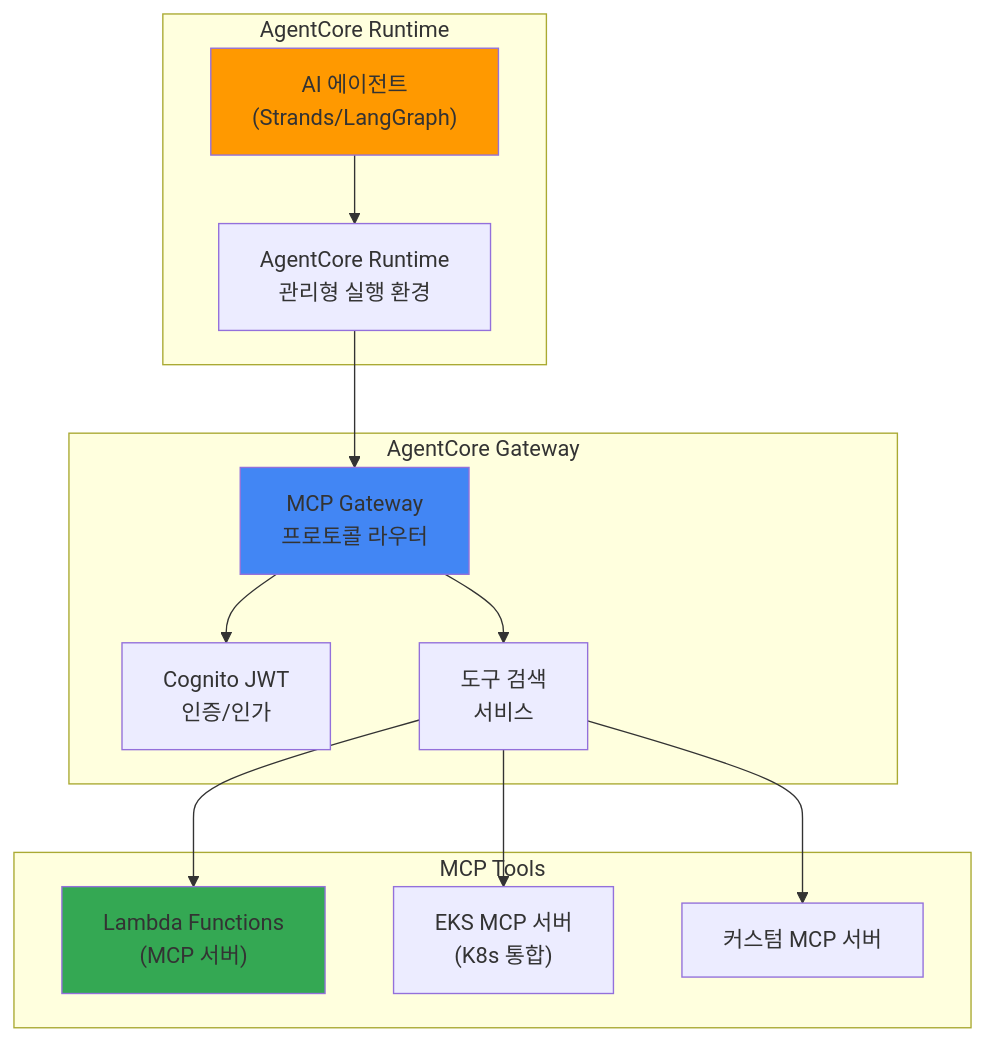
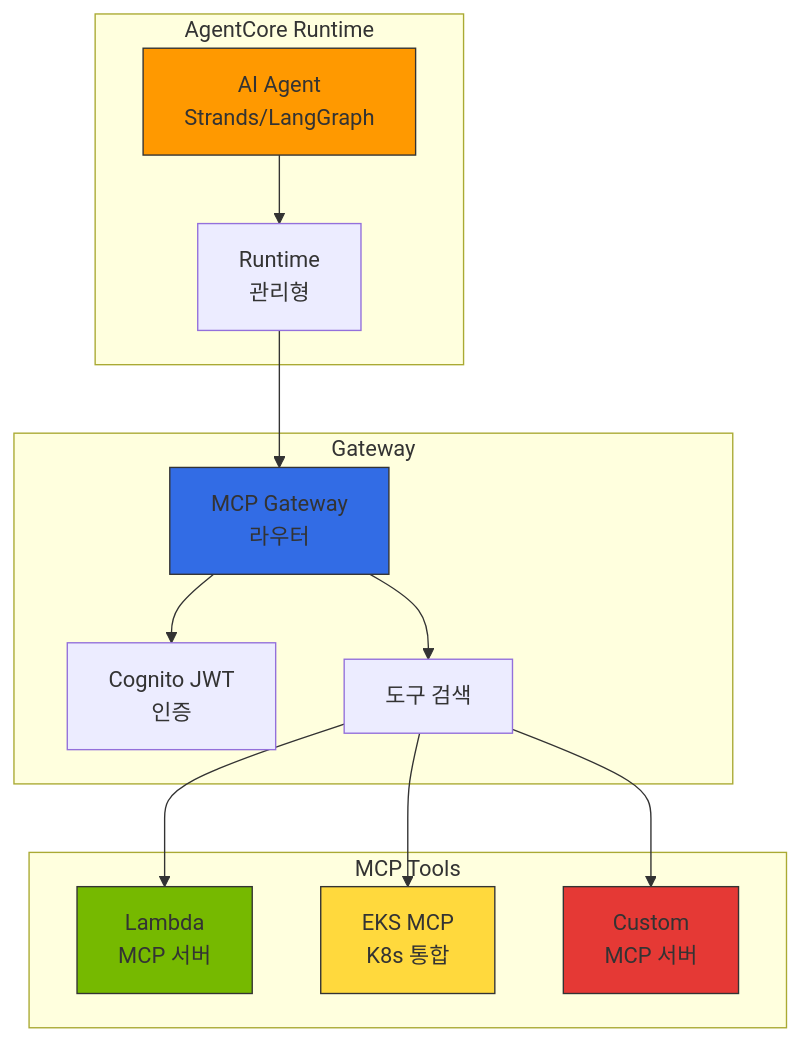
One commit to devfloor9/engineering-playbook changed the first of 2 diagrams in docs/agentic-ai-platform/gateway-agents/bedrock-agentcore-mcp.md. Above: the diagram before and after it, drawn with Mermaid. The commit also changed other lines of this file and 24 other files, not shown here.

````diff
--- a/docs/agentic-ai-platform/gateway-agents/bedrock-agentcore-mcp.md
+++ b/docs/agentic-ai-platform/gateway-agents/bedrock-agentcore-mcp.md
@@ -33,31 +33,31 @@
 ```mermaid
-graph TB
-    subgraph "AgentCore Runtime"
-        Agent["AI 에이전트<br/>(Strands/LangGraph)"]
-        Runtime["AgentCore Runtime<br/>관리형 실행 환경"]
+flowchart TB
+    subgraph RT["AgentCore Runtime"]
+        A[AI Agent<br/>Strands/LangGraph]
+        R[Runtime<br/>관리형]
     end
 
-    subgraph "AgentCore Gateway"
-        GW["MCP Gateway<br/>프로토콜 라우터"]
-        Auth["Cognito JWT<br/>인증/인가"]
-        Discovery["도구 검색<br/>서비스"]
+    subgraph GW["Gateway"]
+        M[MCP Gateway<br/>라우터]
+        AU[Cognito JWT<br/>인증]
+        D[도구 검색]
     end
 
-    subgraph "MCP Tools"
-        Lambda["Lambda Functions<br/>(MCP 서버)"]
-        EKS_MCP["EKS MCP 서버<br/>(K8s 통합)"]
-        Custom["커스텀 MCP 서버"]
+    subgraph TOOL["MCP Tools"]
+        L[Lambda<br/>MCP 서버]
+        E[EKS MCP<br/>K8s 통합]
+        C[Custom<br/>MCP 서버]
     end
 
-    Agent --> Runtime
-    Runtime --> GW
-    GW --> Auth
-    GW --> Discovery
-    Discovery --> Lambda
-    Discovery --> EKS_MCP
-    Discovery --> Custom
+    A --> R
+    R --> M
+    M --> AU
+    M --> D
+    D --> L & E & C
 
-    style Agent fill:#ff9900
-    style GW fill:#4286f4
-    style Lambda fill:#34a853
+    style A fill:#ff9900,stroke:#333
+    style M fill:#326ce5,stroke:#333
+    style L fill:#76b900,stroke:#333
+    style E fill:#ffd93d,stroke:#333
+    style C fill:#e53935,stroke:#333
 ```
````
